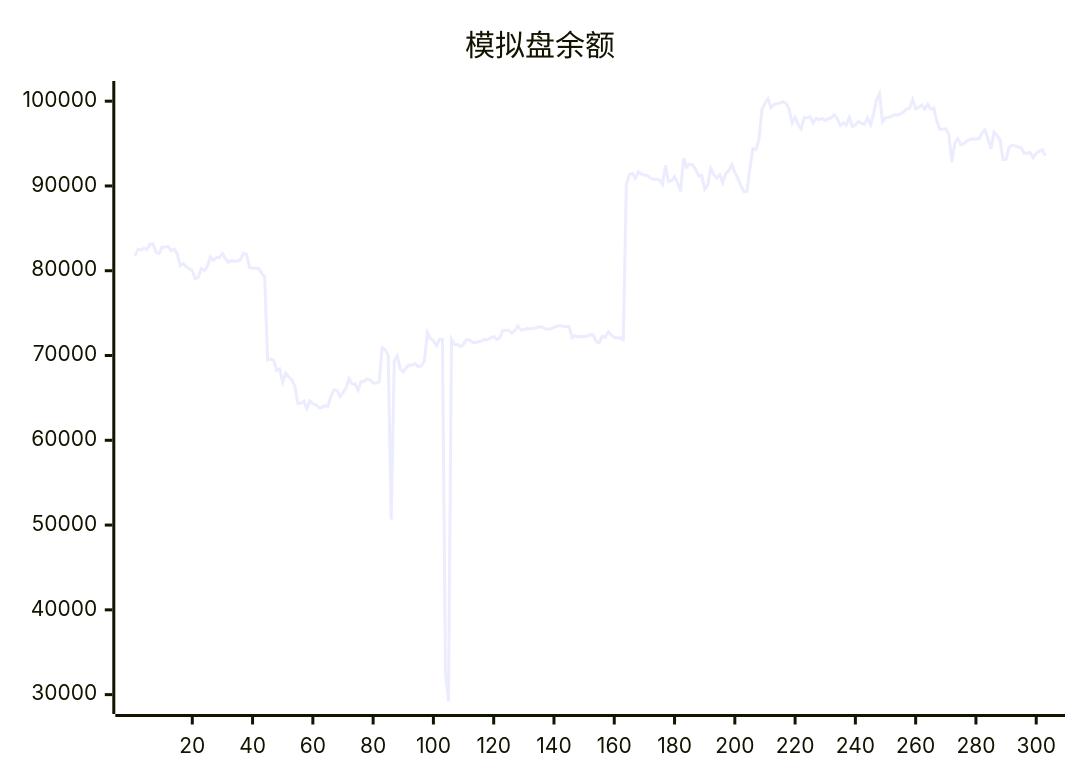
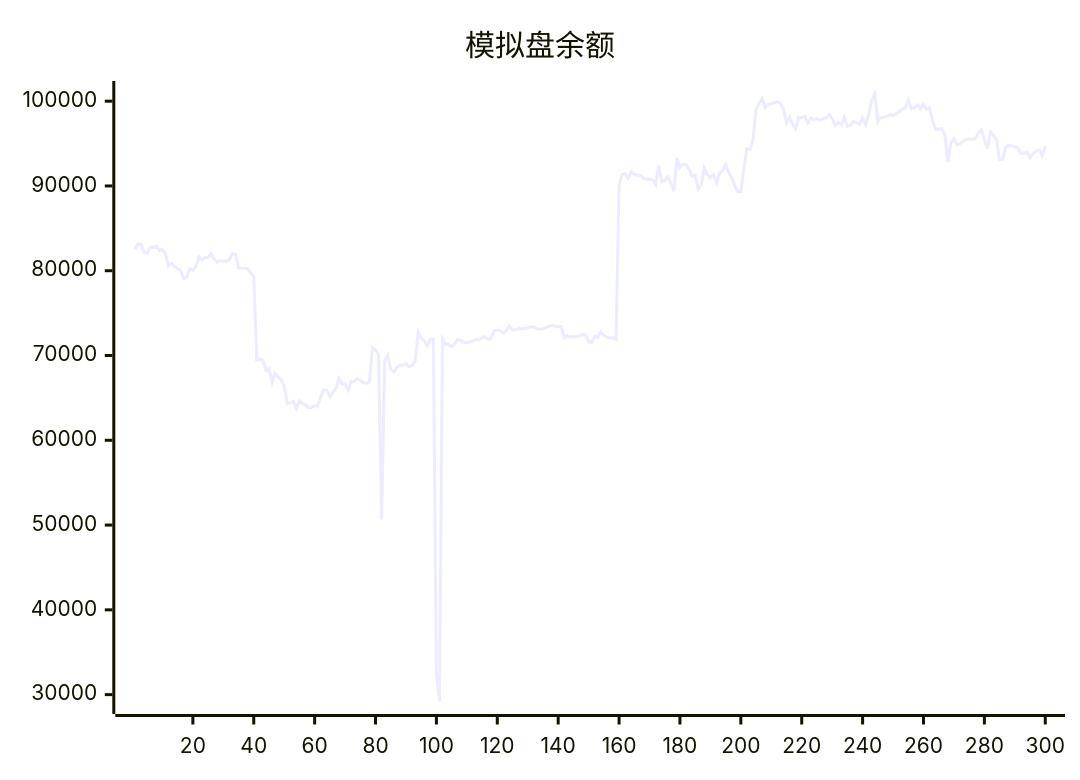
One commit to aahl/ai-trading changed the diagram in README.md. Above: the diagram before and after it, drawn with Mermaid. The commit also changed other lines of this file and 1 other file, not shown here.

````diff
--- a/README.md
+++ b/README.md
@@ -5,5 +5,5 @@
 ```mermaid
 xychart
     title "模拟盘余额"
-    line [81776,82522,82441,82656,82499,83144,83145,82150,82038,82797,82763,82872,82367,82536,81981,80612,80862,80484,80242,80034,79063,79245,80227,80016,80507,81625,81233,81544,81578,82016,81401,81019,81186,81130,81118,81306,82066,81909,80392,80304,80291,80258,79729,79261,69466,69579,69456,68251,68415,66832,67911,67462,67144,66432,64380,64375,64606,63741,64647,64324,64216,63842,63877,64079,64008,65156,65945,65888,65157,65625,66144,67284,66653,66639,65924,66925,66956,67263,67108,66766,66729,66886,70927,70673,70049,50652,69334,69973,68400,68061,68578,68877,68879,69055,68662,68822,69329,72687,71999,71760,71163,71911,71896,32500,29218,71927,71297,71305,71044,71337,71883,71822,71536,71536,71622,71723,71880,71860,72100,72216,71887,72077,72940,72976,72966,72638,72948,73497,73004,73041,73173,73160,73187,73258,73375,73351,73173,73098,73161,73305,73474,73536,73457,73413,73412,72100,72333,72164,72272,72204,72285,72461,72421,71652,71521,72267,72157,72774,72425,72144,72060,72091,71858,90185,91338,91466,90900,91678,91404,91268,91244,90903,90779,90787,90721,90187,92429,90518,90619,91070,90328,89376,93286,92202,92581,92485,91947,91196,91259,89619,90086,92063,91355,90950,91327,90373,91498,91800,92531,91603,90910,90031,89351,89334,92097,94406,94315,95455,98972,99763,100286,99229,99622,99701,99805,99938,99738,99082,97430,98094,97267,96741,98081,98013,98194,97447,97983,97789,97969,97729,97911,98043,98405,97912,97120,97448,97154,98095,97021,97191,97616,97402,97263,98035,97210,98424,100121,100876,97552,98049,98085,98228,98388,98342,98488,98750,99086,99181,100188,99107,99272,99553,99072,99636,99061,99186,97674,96679,96704,96743,96096,92830,95088,95560,94866,94995,95295,95497,95531,95527,95559,96236,96597,95538,94422,96363,95972,95418,93095,93128,94558,94795,94727,94611,94508,93857,93852,93955,93340,93862,94112,94249,93603]
+    line [82499,83144,83145,82150,82038,82797,82763,82872,82367,82536,81981,80612,80862,80484,80242,80034,79063,79245,80227,80016,80507,81625,81233,81544,81578,82016,81401,81019,81186,81130,81118,81306,82066,81909,80392,80304,80291,80258,79729,79261,69466,69579,69456,68251,68415,66832,67911,67462,67144,66432,64380,64375,64606,63741,64647,64324,64216,63842,63877,64079,64008,65156,65945,65888,65157,65625,66144,67284,66653,66639,65924,66925,66956,67263,67108,66766,66729,66886,70927,70673,70049,50652,69334,69973,68400,68061,68578,68877,68879,69055,68662,68822,69329,72687,71999,71760,71163,71911,71896,32500,29218,71927,71297,71305,71044,71337,71883,71822,71536,71536,71622,71723,71880,71860,72100,72216,71887,72077,72940,72976,72966,72638,72948,73497,73004,73041,73173,73160,73187,73258,73375,73351,73173,73098,73161,73305,73474,73536,73457,73413,73412,72100,72333,72164,72272,72204,72285,72461,72421,71652,71521,72267,72157,72774,72425,72144,72060,72091,71858,90185,91338,91466,90900,91678,91404,91268,91244,90903,90779,90787,90721,90187,92429,90518,90619,91070,90328,89376,93286,92202,92581,92485,91947,91196,91259,89619,90086,92063,91355,90950,91327,90373,91498,91800,92531,91603,90910,90031,89351,89334,92097,94406,94315,95455,98972,99763,100286,99229,99622,99701,99805,99938,99738,99082,97430,98094,97267,96741,98081,98013,98194,97447,97983,97789,97969,97729,97911,98043,98405,97912,97120,97448,97154,98095,97021,97191,97616,97402,97263,98035,97210,98424,100121,100876,97552,98049,98085,98228,98388,98342,98488,98750,99086,99181,100188,99107,99272,99553,99072,99636,99061,99186,97674,96679,96704,96743,96096,92830,95088,95560,94866,94995,95295,95497,95531,95527,95559,96236,96597,95538,94422,96363,95972,95418,93095,93128,94558,94795,94727,94611,94508,93857,93852,93955,93340,93862,94112,94249,93603,94682]
 ```
````
